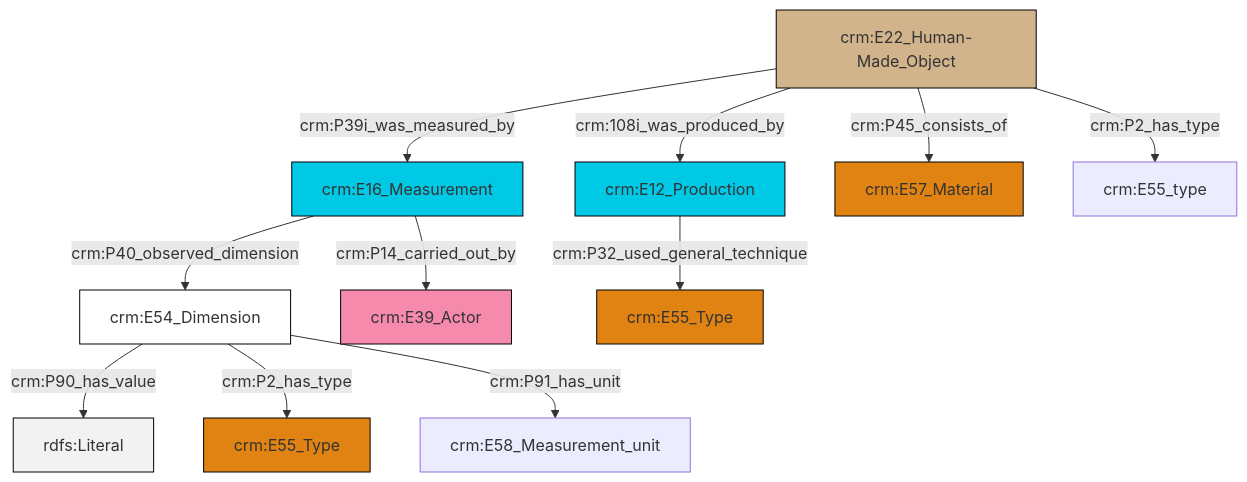
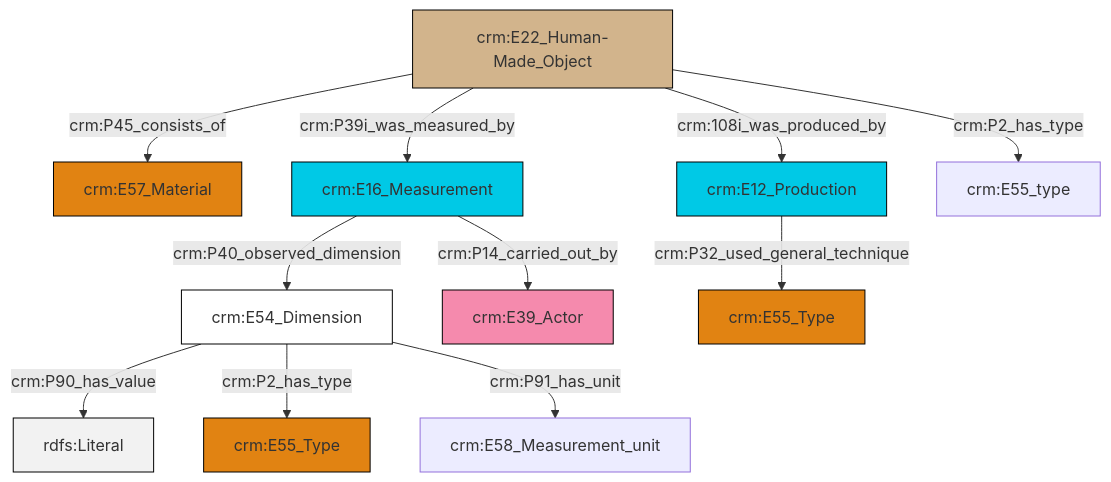
Before and after one commit to swiss-art-research-net/docs.swissartresearch: the diagram in et/builtWorkCSV/ttl/mmd/Built_Work_substance.ttl.mmd, drawn with Mermaid. The commit also changed 175 other files, not shown here.

```diff
--- a/et/builtWorkCSV/ttl/mmd/Built_Work_substance.ttl.mmd
+++ b/et/builtWorkCSV/ttl/mmd/Built_Work_substance.ttl.mmd
@@ -1,25 +1,25 @@
 graph TD
 classDef Literal fill:#f2f2f2,stroke:#000000;
 classDef CRM_Entity fill:#FFFFFF,stroke:#000000;
 classDef Temporal_Entity fill:#00C9E6, stroke:#000000;
 classDef Type fill:#E18312, stroke:#000000;
 classDef Time-Span fill:#2C9C91, stroke:#000000;
 classDef Appellation fill:#FFEB7F, stroke:#000000;
 classDef Place fill:#008836, stroke:#000000;
 classDef Persistent_Item fill:#B266B2, stroke:#000000;
 classDef Conceptual_Object fill:#FFD700, stroke:#000000;
 classDef Physical_Thing fill:#D2B48C, stroke:#000000;
 classDef Actor fill:#f58aad, stroke:#000000;
 classDef PC_Classes fill:#4ce600, stroke:#000000;
 classDef Multi fill:#cccccc,stroke:#000000;
 
-2["crm:E54_Dimension"]:::CRM_Entity -->|crm:P90_has_value| 3[rdfs:Literal]:::Literal
-6["crm:E22_Human-Made_Object"]:::Physical_Thing -->|crm:108i_was_produced_by| 7["crm:E12_Production"]:::Temporal_Entity
-0["crm:E16_Measurement"]:::Temporal_Entity -->|crm:P14_carried_out_by| 8["crm:E39_Actor"]:::Actor
-0["crm:E16_Measurement"]:::Temporal_Entity -->|crm:P40_observed_dimension| 2["crm:E54_Dimension"]:::CRM_Entity
-7["crm:E12_Production"]:::Temporal_Entity -->|crm:P32_used_general_technique| 15["crm:E55_Type"]:::Type
-6["crm:E22_Human-Made_Object"]:::Physical_Thing -->|crm:P39i_was_measured_by| 0["crm:E16_Measurement"]:::Temporal_Entity
-2["crm:E54_Dimension"]:::CRM_Entity -->|crm:P2_has_type| 16["crm:E55_Type"]:::Type
-6["crm:E22_Human-Made_Object"]:::Physical_Thing -->|crm:P2_has_type| 13["crm:E55_type"]:::Default
-6["crm:E22_Human-Made_Object"]:::Physical_Thing -->|crm:P45_consists_of| 11["crm:E57_Material"]:::Type
-2["crm:E54_Dimension"]:::CRM_Entity -->|crm:P91_has_unit| 4["crm:E58_Measurement_unit"]:::Default
+4["crm:E54_Dimension"]:::CRM_Entity -->|crm:P90_has_value| 5[rdfs:Literal]:::Literal
+4["crm:E54_Dimension"]:::CRM_Entity -->|crm:P2_has_type| 8["crm:E55_Type"]:::Type
+9["crm:E16_Measurement"]:::Temporal_Entity -->|crm:P40_observed_dimension| 4["crm:E54_Dimension"]:::CRM_Entity
+2["crm:E22_Human-Made_Object"]:::Physical_Thing -->|crm:P39i_was_measured_by| 9["crm:E16_Measurement"]:::Temporal_Entity
+2["crm:E22_Human-Made_Object"]:::Physical_Thing -->|crm:P45_consists_of| 0["crm:E57_Material"]:::Type
+9["crm:E16_Measurement"]:::Temporal_Entity -->|crm:P14_carried_out_by| 14["crm:E39_Actor"]:::Actor
+2["crm:E22_Human-Made_Object"]:::Physical_Thing -->|crm:P2_has_type| 16["crm:E55_type"]:::Default
+2["crm:E22_Human-Made_Object"]:::Physical_Thing -->|crm:108i_was_produced_by| 6["crm:E12_Production"]:::Temporal_Entity
+4["crm:E54_Dimension"]:::CRM_Entity -->|crm:P91_has_unit| 11["crm:E58_Measurement_unit"]:::Default
+6["crm:E12_Production"]:::Temporal_Entity -->|crm:P32_used_general_technique| 17["crm:E55_Type"]:::Type
```
